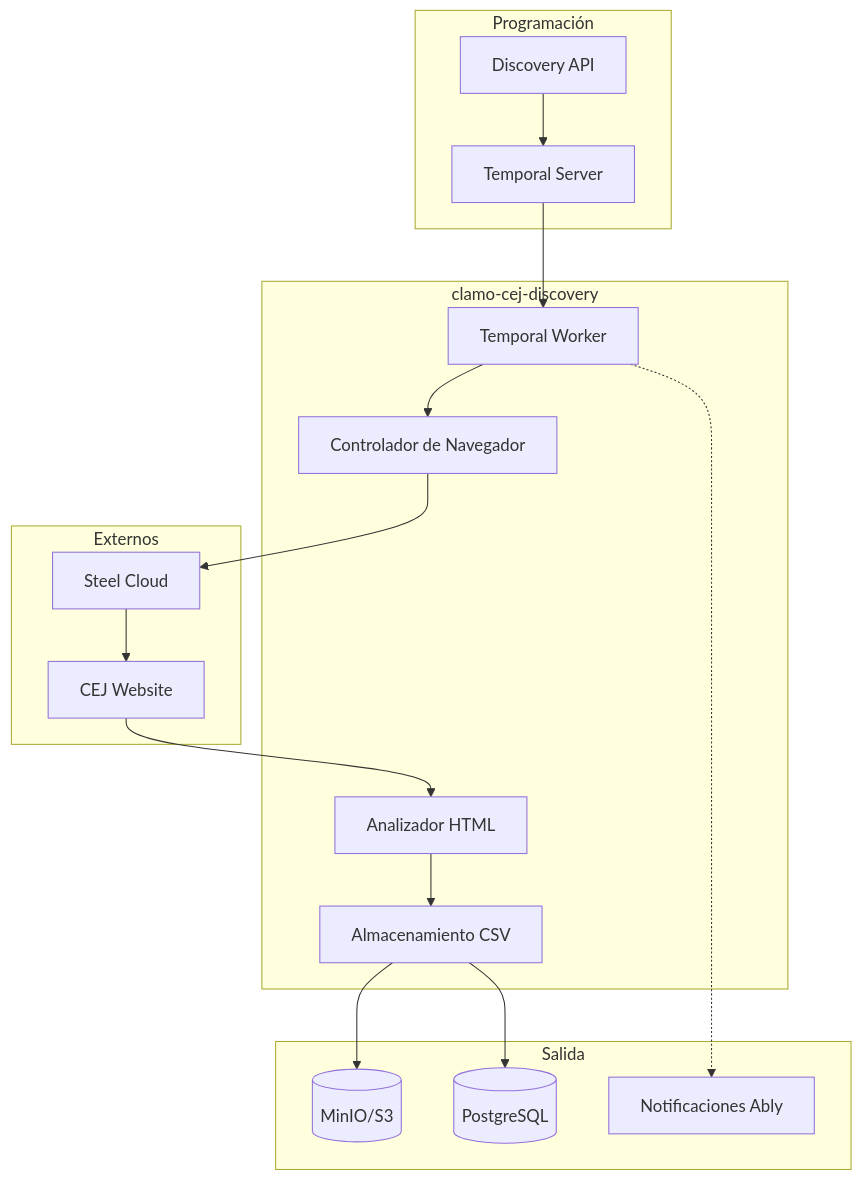
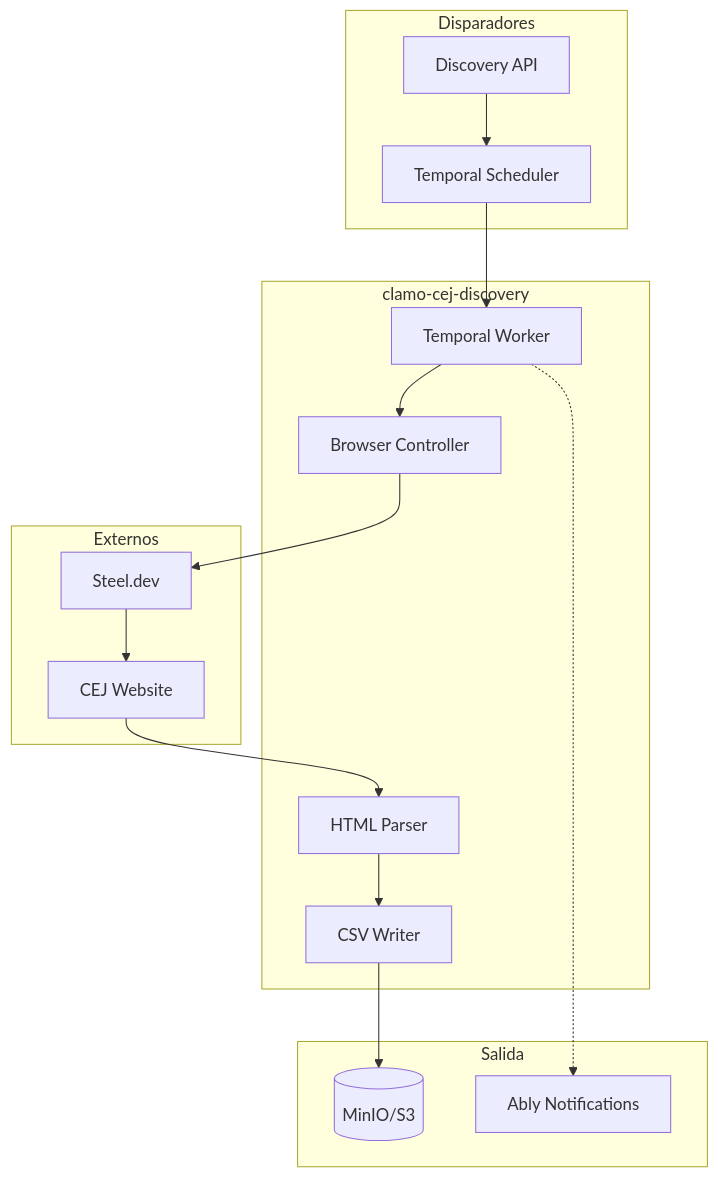
Before and after one commit to GetClamo/docs: the diagram in es/servicios/clamo-cej-discovery.mdx, drawn with Mermaid. The commit also changed other lines of this file and 10 other files, not shown here.

````diff
--- a/es/servicios/clamo-cej-discovery.mdx
+++ b/es/servicios/clamo-cej-discovery.mdx
@@ -23,36 +31,34 @@
 ```mermaid
 flowchart TB
-    subgraph Scheduler [Programación]
-        Temporal[Temporal Server]
+    subgraph Trigger [Disparadores]
         API[Discovery API]
+        Temporal[Temporal Scheduler]
     end
     
     subgraph Discovery [clamo-cej-discovery]
         Worker[Temporal Worker]
-        Browser[Controlador de Navegador]
-        Parser[Analizador HTML]
-        Storage[Almacenamiento CSV]
+        Browser[Browser Controller]
+        Parser[HTML Parser]
+        CSVWriter[CSV Writer]
     end
     
     subgraph External [Externos]
-        Steel[Steel Cloud]
+        Steel[Steel.dev]
         CEJ[CEJ Website]
     end
     
     subgraph Output [Salida]
         MinIO[(MinIO/S3)]
-        DB[(PostgreSQL)]
-        Ably[Notificaciones Ably]
+        Ably[Ably Notifications]
     end
     
     API --> Temporal
     Temporal --> Worker
     Worker --> Browser
     Browser --> Steel
     Steel --> CEJ
     CEJ --> Parser
-    Parser --> Storage
-    Storage --> MinIO
-    Storage --> DB
+    Parser --> CSVWriter
+    CSVWriter --> MinIO
     Worker -.-> Ably
 ```
````
